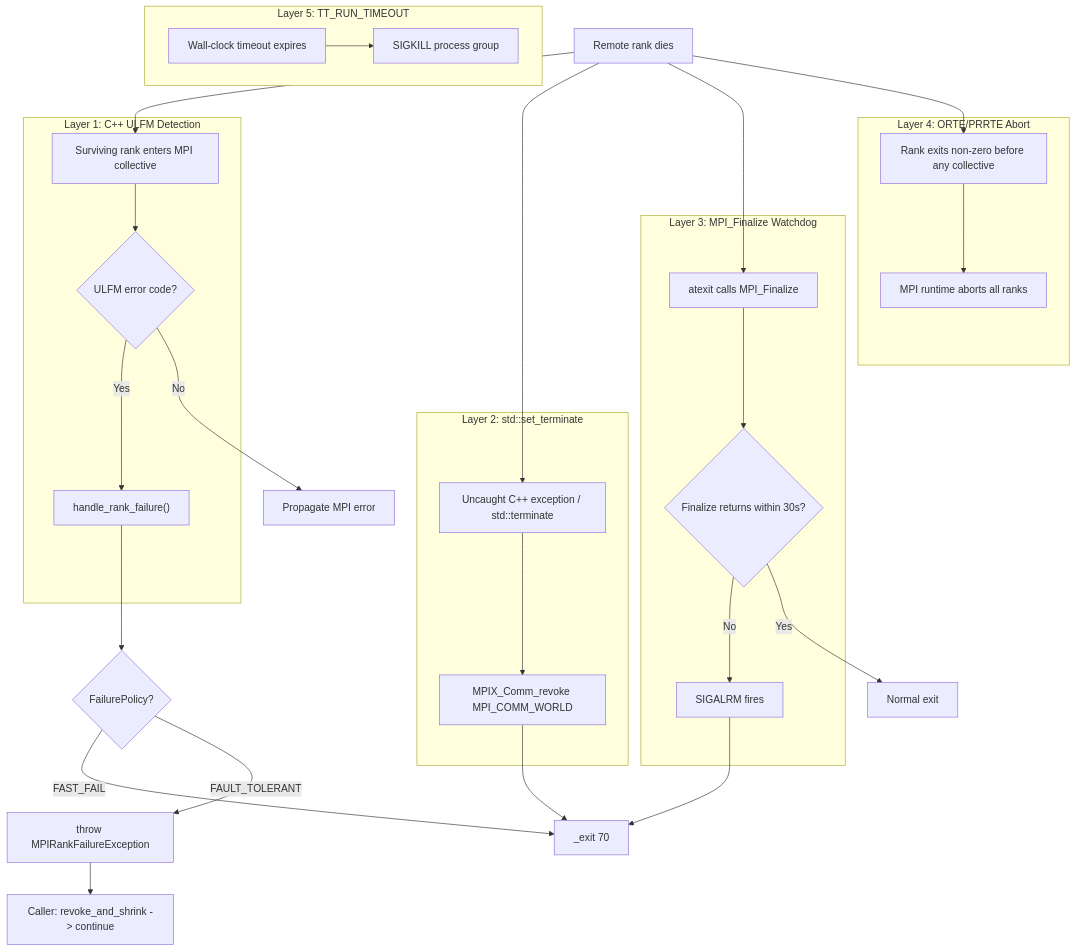
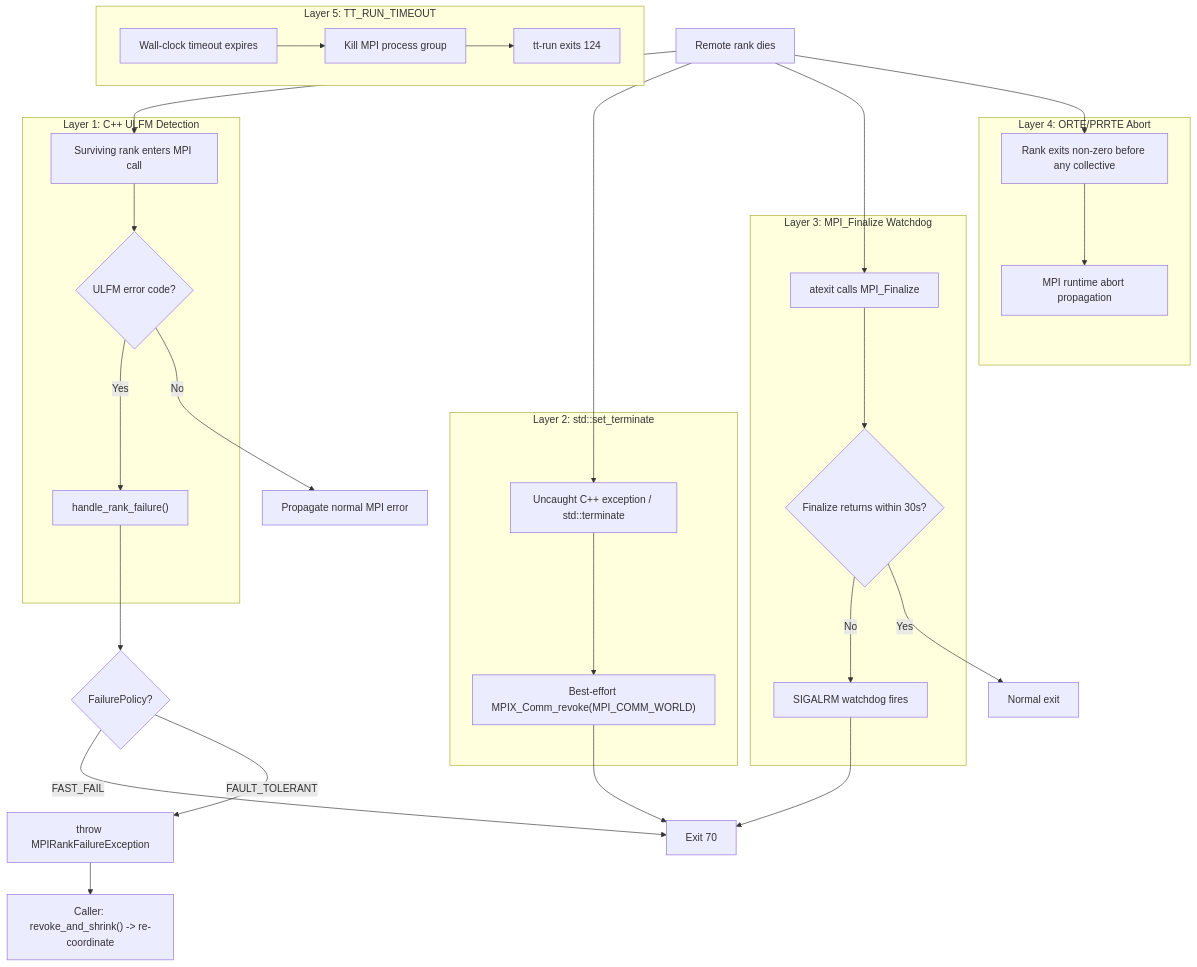
Before and after one commit to tenstorrent/tt-metal: the first of 2 diagrams in ttnn/ttnn/distributed/ULFM.md, drawn with Mermaid. The commit also changed other lines of this file, not shown here.

````diff
--- a/ttnn/ttnn/distributed/ULFM.md
+++ b/ttnn/ttnn/distributed/ULFM.md
@@ -14,57 +18,53 @@
 ```mermaid
 flowchart TD
     rankFail["Remote rank dies"]
 
     subgraph layer1 [Layer 1: C++ ULFM Detection]
-        mpiCall["Surviving rank enters MPI collective"]
+        mpiCall["Surviving rank enters MPI call"]
         ulfmCheck{"ULFM error code?"}
         handleFailure["handle_rank_failure()"]
     end
 
     subgraph layer2 [Layer 2: std::set_terminate]
         uncaughtExc["Uncaught C++ exception / std::terminate"]
-        revokeWorld["MPIX_Comm_revoke MPI_COMM_WORLD"]
+        revokeWorld["Best-effort MPIX_Comm_revoke(MPI_COMM_WORLD)"]
     end
 
     subgraph layer3 [Layer 3: MPI_Finalize Watchdog]
         atexitFinalize["atexit calls MPI_Finalize"]
         alarmFires{"Finalize returns within 30s?"}
-        sigalrm["SIGALRM fires"]
+        sigalrm["SIGALRM watchdog fires"]
     end
 
     subgraph layer4 [Layer 4: ORTE/PRRTE Abort]
         nonZeroExit["Rank exits non-zero before any collective"]
-        orteAbort["MPI runtime aborts all ranks"]
+        runtimeAbort["MPI runtime abort propagation"]
     end
 
     subgraph layer5 [Layer 5: TT_RUN_TIMEOUT]
         wallClock["Wall-clock timeout expires"]
-        sigkill["SIGKILL process group"]
+        sigkill["Kill MPI process group"]
+        timeoutExit["tt-run exits 124"]
     end
 
     policyCheck{"FailurePolicy?"}
-    fastFail["_exit 70"]
+    fastFail["Exit 70"]
     throwExc["throw MPIRankFailureException"]
-    recovery["Caller: revoke_and_shrink -> continue"]
+    recovery["Caller: revoke_and_shrink() -> re-coordinate"]
 
     rankFail --> mpiCall
     mpiCall --> ulfmCheck
     ulfmCheck -->|Yes| handleFailure
-    ulfmCheck -->|No| normalError["Propagate MPI error"]
+    ulfmCheck -->|No| normalError["Propagate normal MPI error"]
     handleFailure --> policyCheck
     policyCheck -->|FAST_FAIL| fastFail
     policyCheck -->|FAULT_TOLERANT| throwExc
     throwExc --> recovery
 
-    rankFail --> uncaughtExc
-    uncaughtExc --> revokeWorld --> fastFail
-
-    rankFail --> atexitFinalize
-    atexitFinalize --> alarmFires
+    rankFail --> uncaughtExc --> revokeWorld --> fastFail
+    rankFail --> atexitFinalize --> alarmFires
     alarmFires -->|No| sigalrm --> fastFail
     alarmFires -->|Yes| cleanExit["Normal exit"]
-
-    rankFail --> nonZeroExit --> orteAbort
-
-    wallClock --> sigkill
+    rankFail --> nonZeroExit --> runtimeAbort
+    wallClock --> sigkill --> timeoutExit
 ```
````
